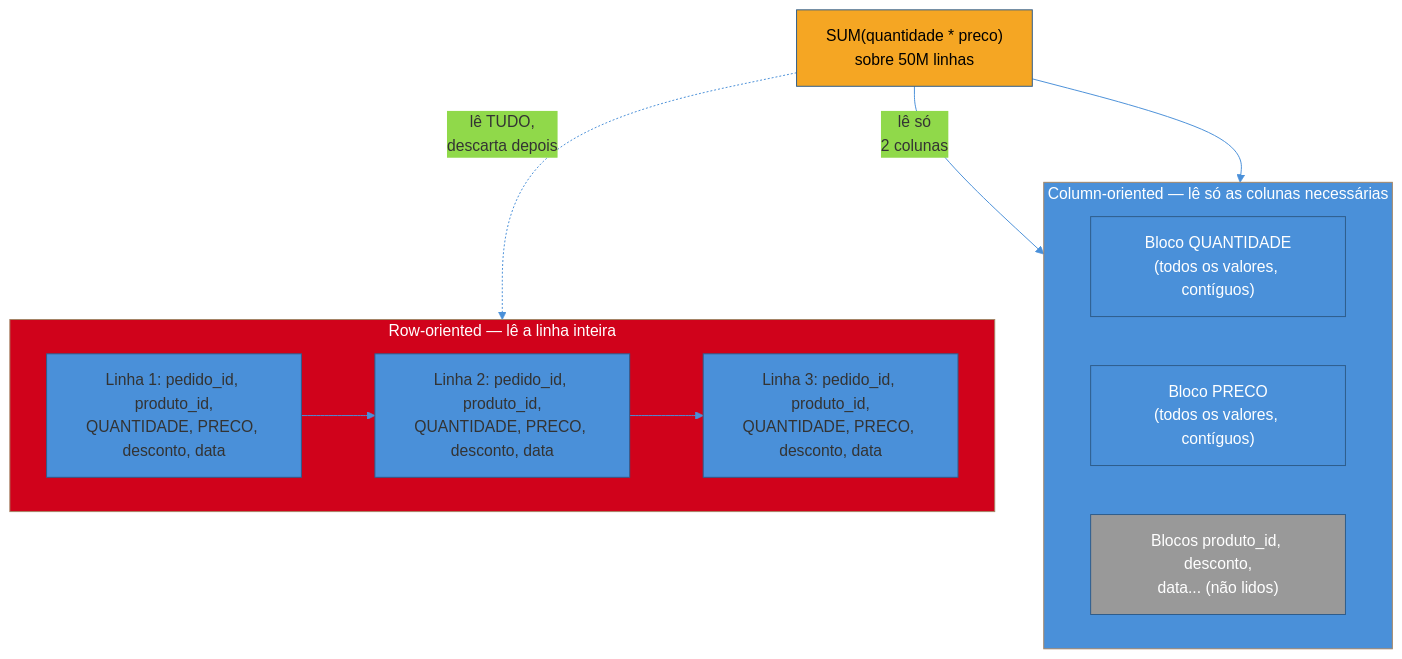
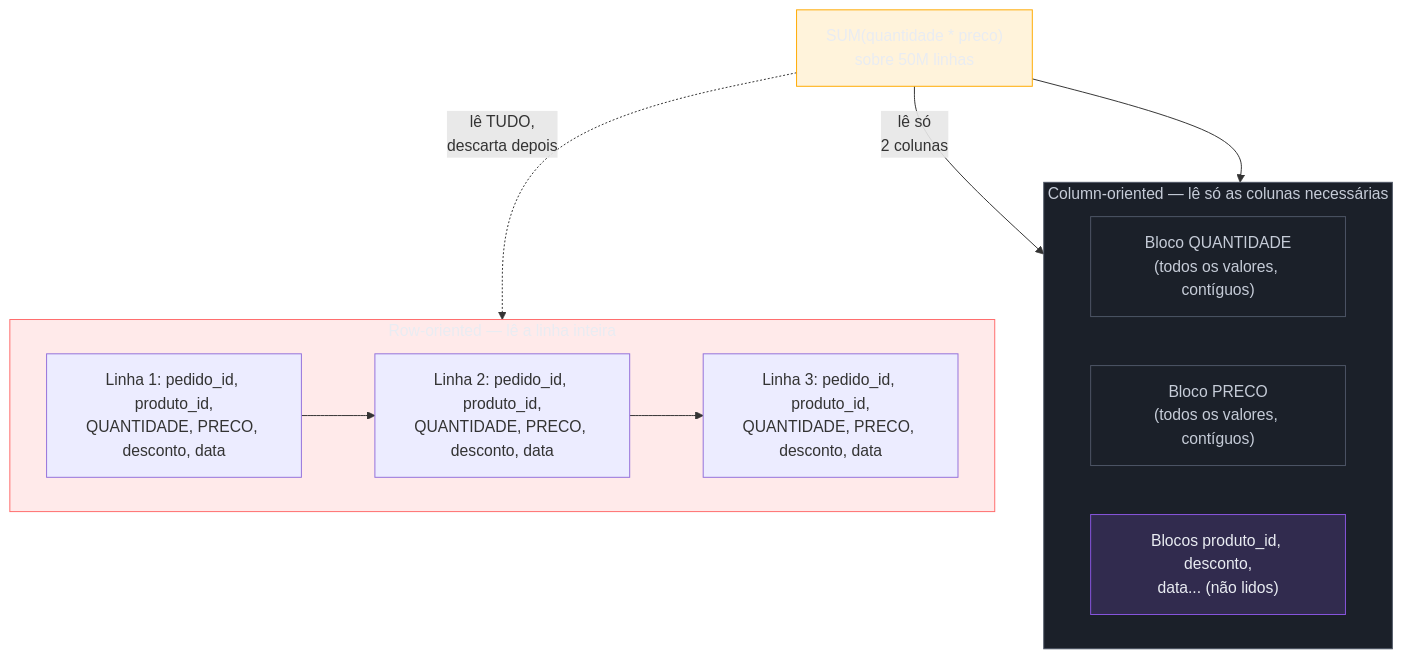
The first of 3 diagrams in 03-Dominios/Engenharia/Dados/1 - Fundamentos de engenharia de dados/04 - Armazenamento colunar e formatos.md (josenaldo/codex-technomanticus), drawn with Mermaid before and after one commit. The commit also changed other lines of this file and 1181 other files, not shown here.

First line of the commit message:
fix(diagramas): paleta do sistema no lugar de cor cravada no markdown

````diff
--- a/03-Dominios/Engenharia/Dados/1 - Fundamentos de engenharia de dados/04 - Armazenamento colunar e formatos.md
+++ b/03-Dominios/Engenharia/Dados/1 - Fundamentos de engenharia de dados/04 - Armazenamento colunar e formatos.md
@@ -46,29 +46,32 @@
 ```mermaid
-%%{init: {"theme": "base", "themeVariables": {"primaryColor": "#4A90D9", "primaryBorderColor": "#2E5C8A", "lineColor": "#4A90D9"}}}%%
 graph TB
+    classDef falha fill:#FF6B6B24,stroke:#FF6B6B,color:#E9ECF2
+    classDef neutro fill:#1B2029,stroke:#4E5666,color:#C6CCD8
+    classDef marca fill:#8855DF33,stroke:#8855DF,color:#E9ECF2
+    classDef destaque fill:#FFAA0024,stroke:#FFAA00,color:#E9ECF2
     subgraph ROW["Row-oriented — lê a linha inteira"]
         direction LR
         R1["Linha 1: pedido_id, produto_id,<br/>QUANTIDADE, PRECO, desconto, data"]
         R2["Linha 2: pedido_id, produto_id,<br/>QUANTIDADE, PRECO, desconto, data"]
         R3["Linha 3: pedido_id, produto_id,<br/>QUANTIDADE, PRECO, desconto, data"]
         R1 --> R2 --> R3
     end
 
     subgraph COL["Column-oriented — lê só as colunas necessárias"]
         direction LR
         CQ["Bloco QUANTIDADE<br/>(todos os valores, contíguos)"]
         CP["Bloco PRECO<br/>(todos os valores, contíguos)"]
         CX["Blocos produto_id, desconto,<br/>data... (não lidos)"]
     end
 
     Query["SUM(quantidade * preco)<br/>sobre 50M linhas"] -.->|"lê TUDO,<br/>descarta depois"| ROW
     Query -->|"lê só<br/>2 colunas"| CQ
     Query --> CP
 
-    style ROW fill:#D0021B,color:#fff
-    style COL fill:#4A90D9,color:#fff
-    style CQ fill:#4A90D9,color:#fff
-    style CP fill:#4A90D9,color:#fff
-    style CX fill:#999,color:#fff
-    style Query fill:#F5A623,color:#000
+    class ROW falha
+    class COL neutro
+    class CQ neutro
+    class CP neutro
+    class CX marca
+    class Query destaque
 ```
````
